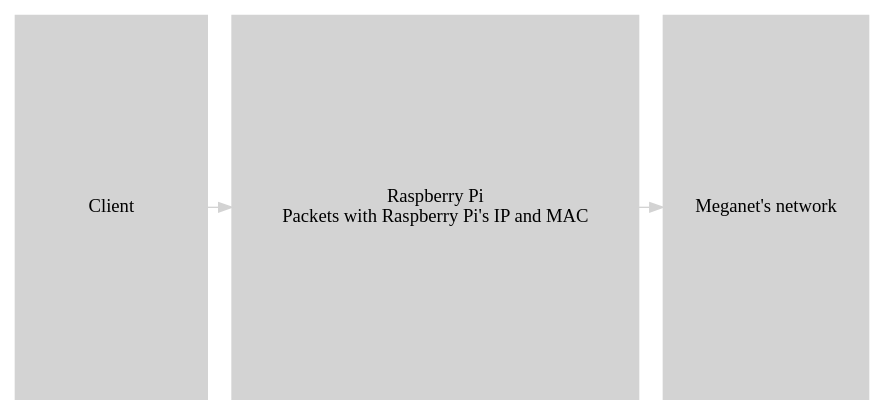
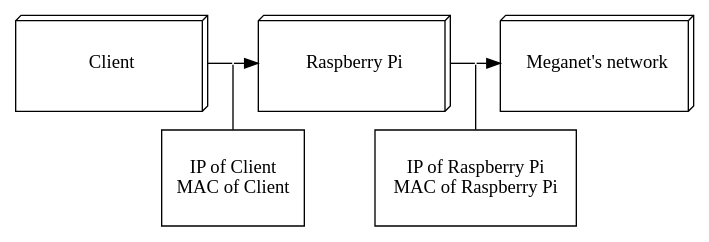
The diagram in meganet/nat.gv (h4y44/graphs), drawn with Graphviz before and after one commit. The commit also changed 6 other files, not shown here.

```diff
--- a/meganet/nat.gv
+++ b/meganet/nat.gv
@@ -1,14 +1,31 @@
-digraph nat {
-	size = "10,10";
+digraph n {
+	ranksep=0.2;
 	graph [bgcolor="#00000000"];
-	node [color=lightgrey, style=filled, width=2, height=4];
 	{
-		rank = same;
-		p [label="Raspberry Pi\nPackets with Raspberry Pi's IP and MAC", shape=box];
-		c [label="Client", shape=box];
-		m [label="Meganet's network", shape=box];
+		node [shape=box3d, width=2, height=1, fontname="Cantarell"];
+
+		c [label="Client"];
+		p [label="Raspberry Pi"];
+		m [label="Meganet's network"];
 	}
 
-	p -> m[color=lightgrey];
-	c -> p[color=lightgrey];
+	{
+		node [shape=box, width=1, height=1, fontname="Cantarell"];
+		cp [label="IP of Client\nMAC of Client"];
+		pp [label="IP of Raspberry Pi\nMAC of Raspberry Pi"];
+	}
+
+	{
+		node [shape=none, width=0, height=0, label=""];
+		rank = same;
+		c -> x [dir=none];
+		x -> p;
+		p -> y [dir=none];
+		y -> m;
+	}
+
+	{
+		x -> cp [dir=none];
+		y -> pp [dir=none];
+	}
 }
```
